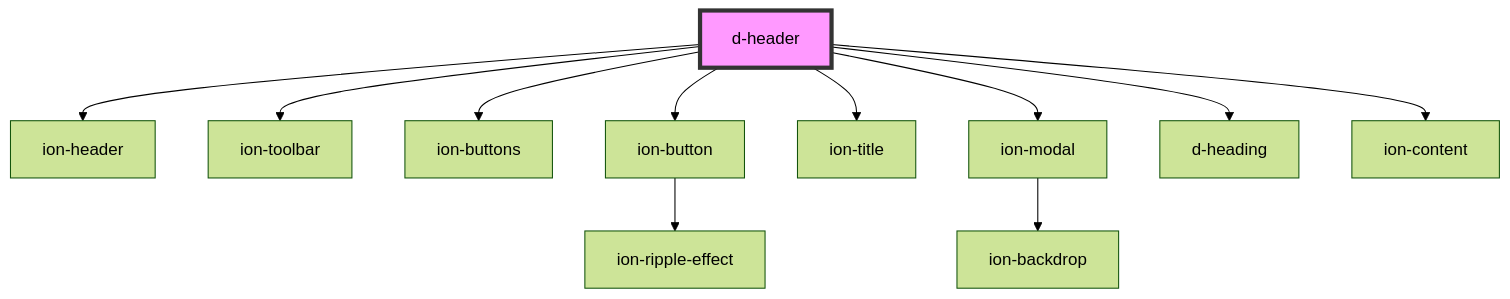
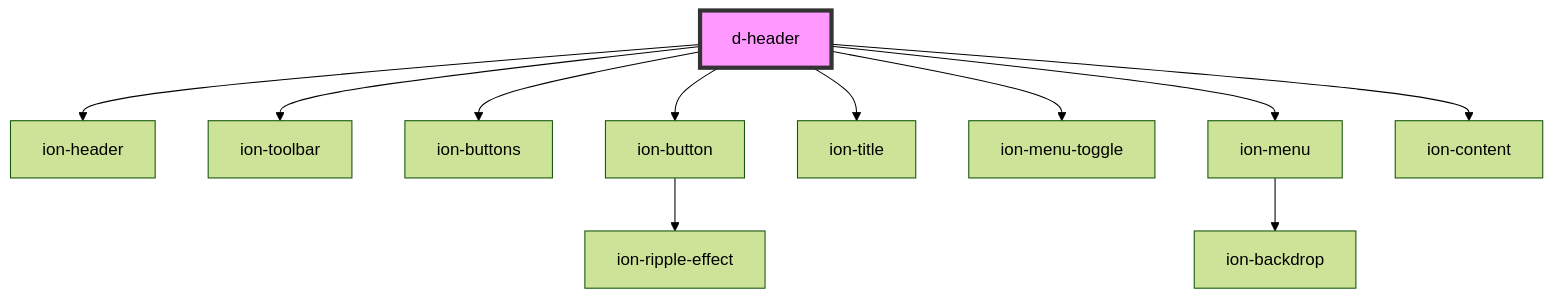
One commit to ForkbombEu/didroom-components changed the diagram in src/components/header/readme.md. Above: the diagram before and after it, drawn with Mermaid (forest theme). The commit also changed other lines of this file and 5 other files, not shown here.

Commit message:
fix: header with drawer menu

````diff
--- a/src/components/header/readme.md
+++ b/src/components/header/readme.md
@@ -30,14 +30,14 @@
 ```mermaid
 graph TD;
   d-header --> ion-header
   d-header --> ion-toolbar
   d-header --> ion-buttons
   d-header --> ion-button
   d-header --> ion-title
-  d-header --> ion-modal
-  d-header --> d-heading
+  d-header --> ion-menu-toggle
+  d-header --> ion-menu
   d-header --> ion-content
   ion-button --> ion-ripple-effect
-  ion-modal --> ion-backdrop
+  ion-menu --> ion-backdrop
   style d-header fill:#f9f,stroke:#333,stroke-width:4px
 ```
````
